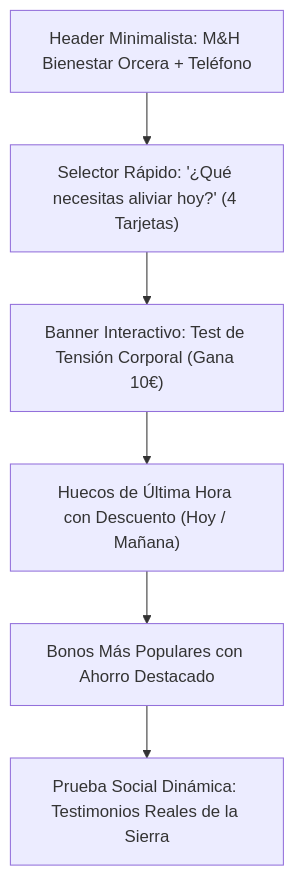
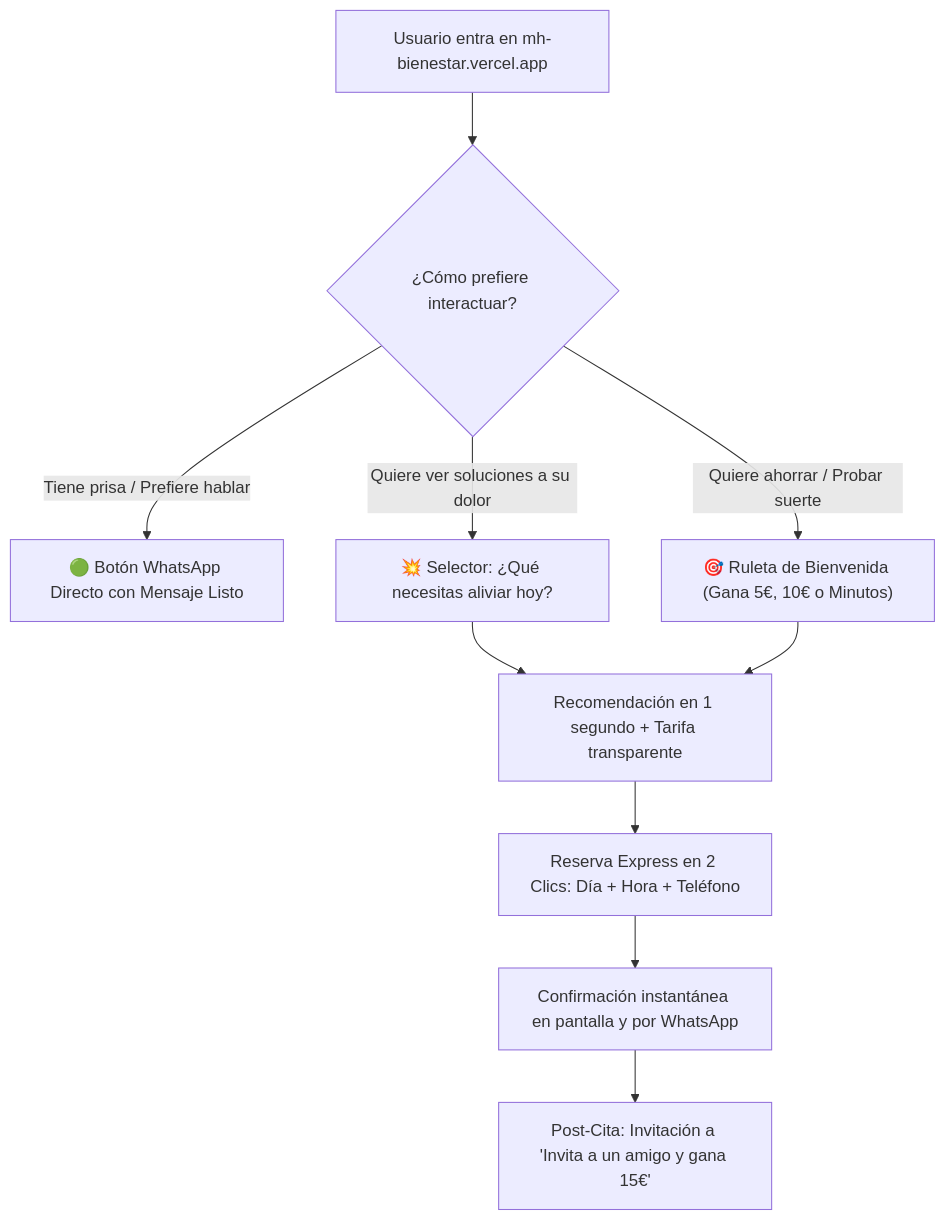
Before and after one commit to munozmramon/mh-bienestar: the second of 2 diagrams in docs/PLAN_MEJORA_APP_MH.md, drawn with Mermaid. The commit also changed other lines of this file, not shown here.

````diff
--- a/docs/PLAN_MEJORA_APP_MH.md
+++ b/docs/PLAN_MEJORA_APP_MH.md
@@ -43,8 +56,15 @@
 ```mermaid
 flowchart TD
-    A["Header Minimalista: M&H Bienestar Orcera + Teléfono"] --> B["Selector Rápido: '¿Qué necesitas aliviar hoy?' (4 Tarjetas)"]
-    B --> C["Banner Interactivo: Test de Tensión Corporal (Gana 10€)"]
-    C --> D["Huecos de Última Hora con Descuento (Hoy / Mañana)"]
-    D --> E["Bonos Más Populares con Ahorro Destacado"]
-    E --> F["Prueba Social Dinámica: Testimonios Reales de la Sierra"]
+    A["Usuario entra en mh-bienestar.vercel.app"] --> B{"¿Cómo prefiere interactuar?"}
+    
+    B -->|"Tiene prisa / Prefiere hablar"| C["🟢 Botón WhatsApp Directo con Mensaje Listo"]
+    B -->|"Quiere ver soluciones a su dolor"| D["💥 Selector: ¿Qué necesitas aliviar hoy?"]
+    B -->|"Quiere ahorrar / Probar suerte"| E["🎯 Ruleta de Bienvenida (Gana 5€, 10€ o Minutos)"]
+    
+    D --> F["Recomendación en 1 segundo + Tarifa transparente"]
+    E --> F
+    
+    F --> G["Reserva Express en 2 Clics: Día + Hora + Teléfono"]
+    G --> H["Confirmación instantánea en pantalla y por WhatsApp"]
+    H --> I["Post-Cita: Invitación a 'Invita a un amigo y gana 15€'"]
 ```
````
